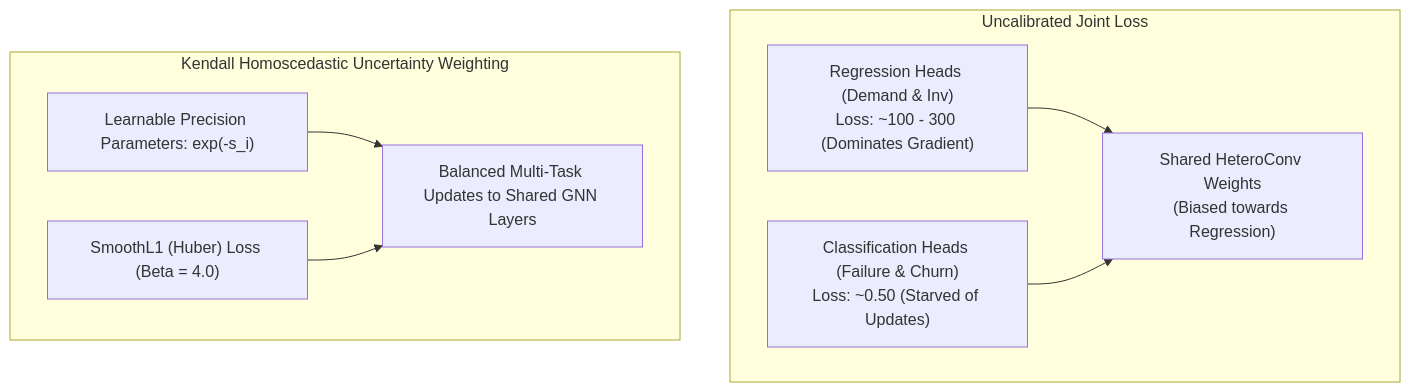
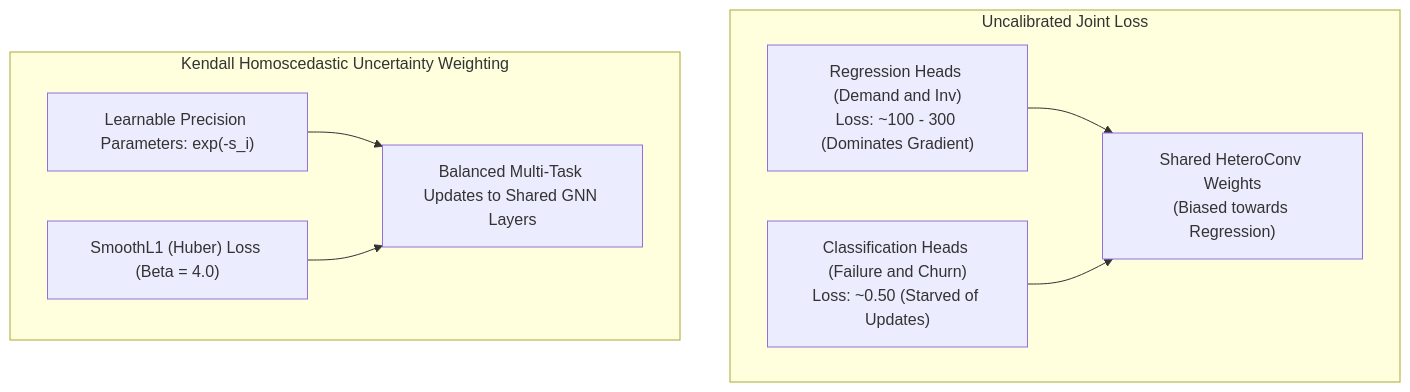
The fourth of 4 diagrams in docs/GML_FOUNDATIONS_WHAT_WHY_HOW_WHERE.md (AnimeshBasak-14/SmartHVAC), drawn with Mermaid before and after one commit. The commit also changed other lines of this file and 51 other files, not shown here.

````diff
--- a/docs/GML_FOUNDATIONS_WHAT_WHY_HOW_WHERE.md
+++ b/docs/GML_FOUNDATIONS_WHAT_WHY_HOW_WHERE.md
@@ -136,19 +139,19 @@
 ```mermaid
-graph TD
-    subgraph Problem [Uncalibrated Joint Loss]
-        L_Reg["Regression Heads (Demand & Inv)<br>Loss: ~100 - 300 (Dominates Gradient)"]
-        L_Cls["Classification Heads (Failure & Churn)<br>Loss: ~0.50 (Starved of Updates)"]
+flowchart TD
+    subgraph Problem["Uncalibrated Joint Loss"]
+        L_Reg["Regression Heads (Demand and Inv)<br>Loss: ~100 - 300 (Dominates Gradient)"]
+        L_Cls["Classification Heads (Failure and Churn)<br>Loss: ~0.50 (Starved of Updates)"]
         G_Shared["Shared HeteroConv Weights<br>(Biased towards Regression)"]
     end
 
-    subgraph Solution [Kendall Homoscedastic Uncertainty Weighting]
+    subgraph Solution["Kendall Homoscedastic Uncertainty Weighting"]
         Sigma["Learnable Precision Parameters: exp(-s_i)"]
         Huber["SmoothL1 (Huber) Loss (Beta = 4.0)"]
         Balanced["Balanced Multi-Task Updates to Shared GNN Layers"]
     end
 
     L_Reg --> G_Shared
     L_Cls --> G_Shared
     Sigma --> Balanced
     Huber --> Balanced
 ```
````
